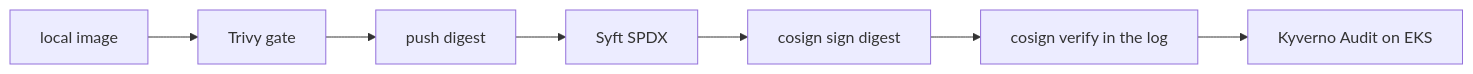
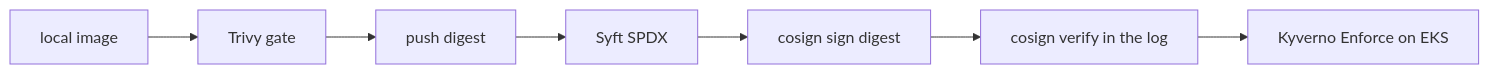
The diagram in docs/phases/phase-5-supply-chain.md (TontoBlanco/grow-room-platform), drawn with Mermaid before and after one commit. The commit also changed other lines of this file and 15 other files, not shown here.

First line of the commit message:
Record the 18 November Kyverno Enforce session.

````diff
--- a/docs/phases/phase-5-supply-chain.md
+++ b/docs/phases/phase-5-supply-chain.md
@@ -30,9 +30,9 @@
 ```mermaid
 flowchart LR
   BUILD["local image"] --> TRIVY["Trivy gate"]
   TRIVY --> PUSH["push digest"]
   PUSH --> SBOM["Syft SPDX"]
   SBOM --> SIGN["cosign sign digest"]
   SIGN --> VERIFY["cosign verify in the log"]
-  VERIFY --> KYV["Kyverno Audit on EKS"]
+  VERIFY --> KYV["Kyverno Enforce on EKS"]
 ```
````
